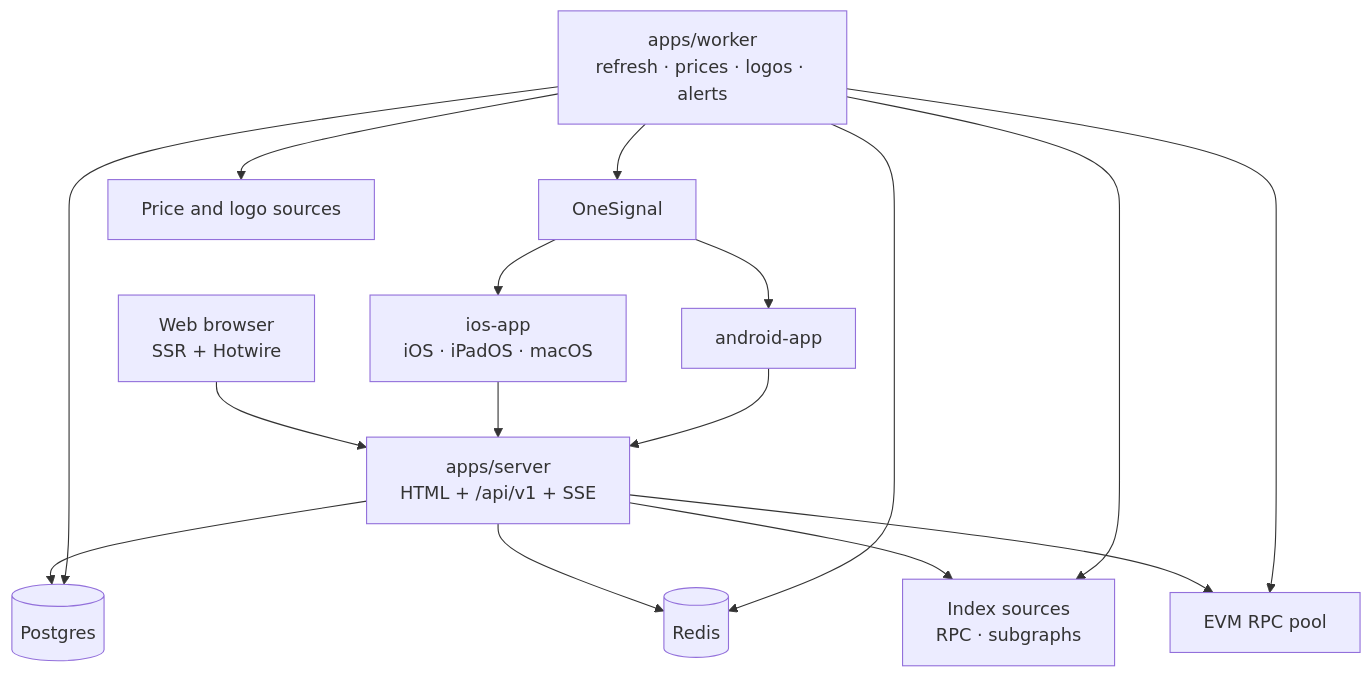
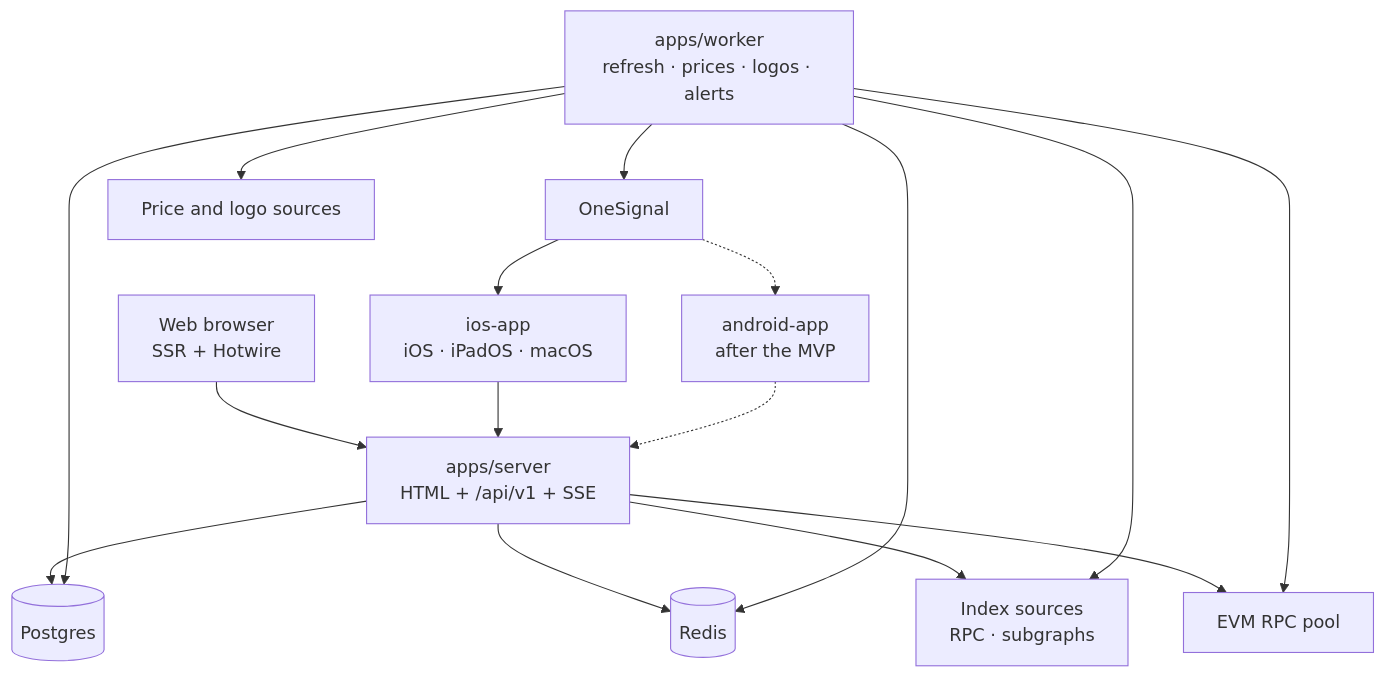
The first of 3 diagrams in docs/architecture.md (maksim-romanov/lptracker-app), drawn with Mermaid before and after one commit. The commit also changed other lines of this file and 27 other files, not shown here.

First line of the commit message:
docs: iteration plan, Android after the MVP, M0 steps

````diff
--- a/docs/architecture.md
+++ b/docs/architecture.md
@@ -7,21 +7,22 @@
 ```mermaid
 flowchart TB
   web[Web browser<br/>SSR + Hotwire]
   ios[ios-app<br/>iOS · iPadOS · macOS]
-  android[android-app]
+  android[android-app<br/>after the MVP]
   server[apps/server<br/>HTML + /api/v1 + SSE]
   worker[apps/worker<br/>refresh · prices · logos · alerts]
   pg[(Postgres)]
   redis[(Redis)]
   index[Index sources<br/>RPC · subgraphs]
   rpc[EVM RPC pool]
   push[OneSignal]
   prices[Price and logo sources]
   web --> server
   ios --> server
-  android --> server
+  android -.-> server
   server --> pg & redis & index & rpc
   worker --> pg & redis & index & rpc
-  worker --> push --> ios & android
+  worker --> push --> ios
+  push -.-> android
   worker --> prices
 ```
````
